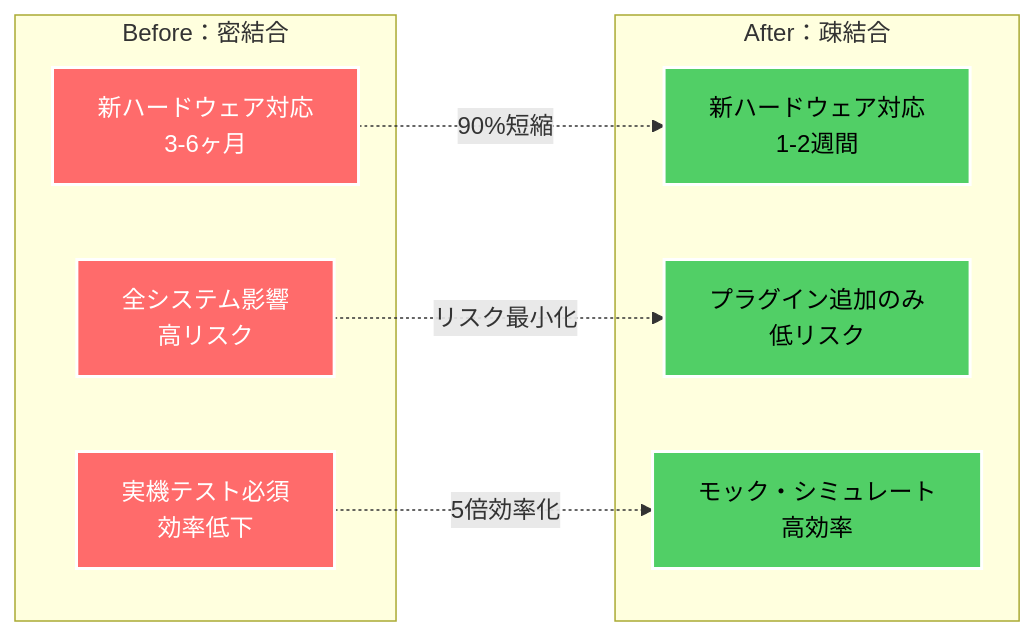
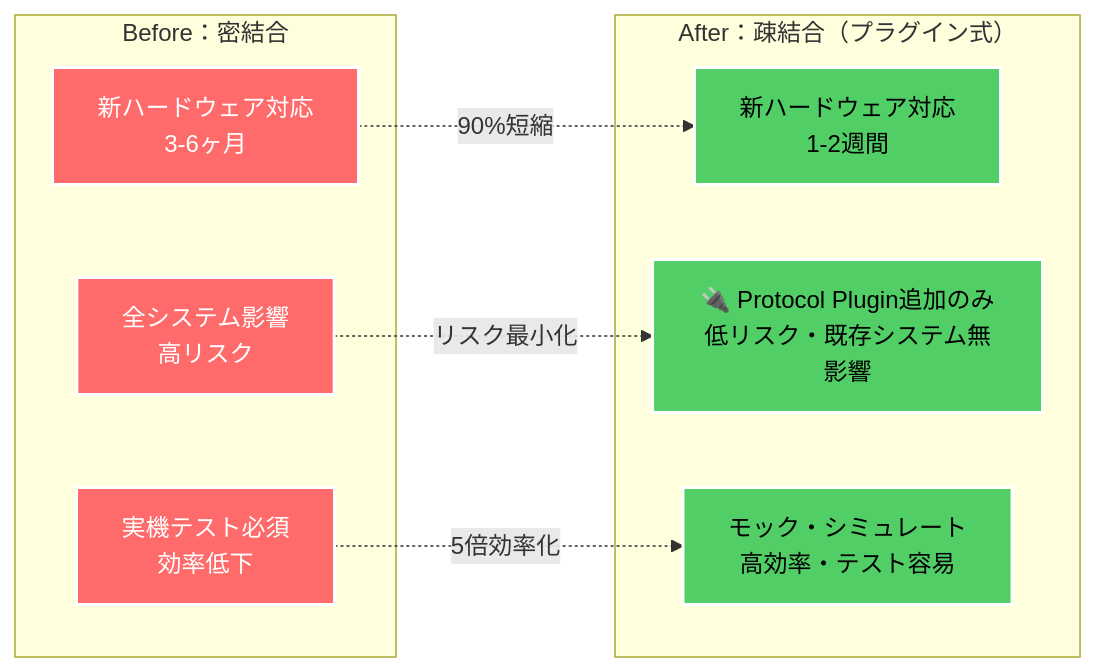
The fourth of 12 diagrams in docs/new-system/architecture/system-overview-diagrams.md (w-pinkietech/iot4-copy), drawn with Mermaid before and after one commit. The commit also changed other lines of this file, not shown here.

````diff
--- a/docs/new-system/architecture/system-overview-diagrams.md
+++ b/docs/new-system/architecture/system-overview-diagrams.md
@@ -226,25 +226,25 @@
 ```mermaid
 graph LR
     subgraph "Before：密結合"
         B1[新ハードウェア対応<br/>3-6ヶ月]
         B2[全システム影響<br/>高リスク]
         B3[実機テスト必須<br/>効率低下]
     end
     
-    subgraph "After：疎結合"
+    subgraph "After：疎結合（プラグイン式）"
         A1[新ハードウェア対応<br/>1-2週間]
-        A2[プラグイン追加のみ<br/>低リスク]
-        A3[モック・シミュレート<br/>高効率]
+        A2[🔌 Protocol Plugin追加のみ<br/>低リスク・既存システム無影響]
+        A3[モック・シミュレート<br/>高効率・テスト容易]
     end
     
     B1 -.->|90%短縮| A1
     B2 -.->|リスク最小化| A2
     B3 -.->|5倍効率化| A3
     
     style A1 fill:#51cf66,stroke:#fff,stroke-width:2px,color:#000
     style A2 fill:#51cf66,stroke:#fff,stroke-width:2px,color:#000
     style A3 fill:#51cf66,stroke:#fff,stroke-width:2px,color:#000
     style B1 fill:#ff6b6b,stroke:#fff,stroke-width:2px,color:#fff
     style B2 fill:#ff6b6b,stroke:#fff,stroke-width:2px,color:#fff
     style B3 fill:#ff6b6b,stroke:#fff,stroke-width:2px,color:#fff
 ```
````
